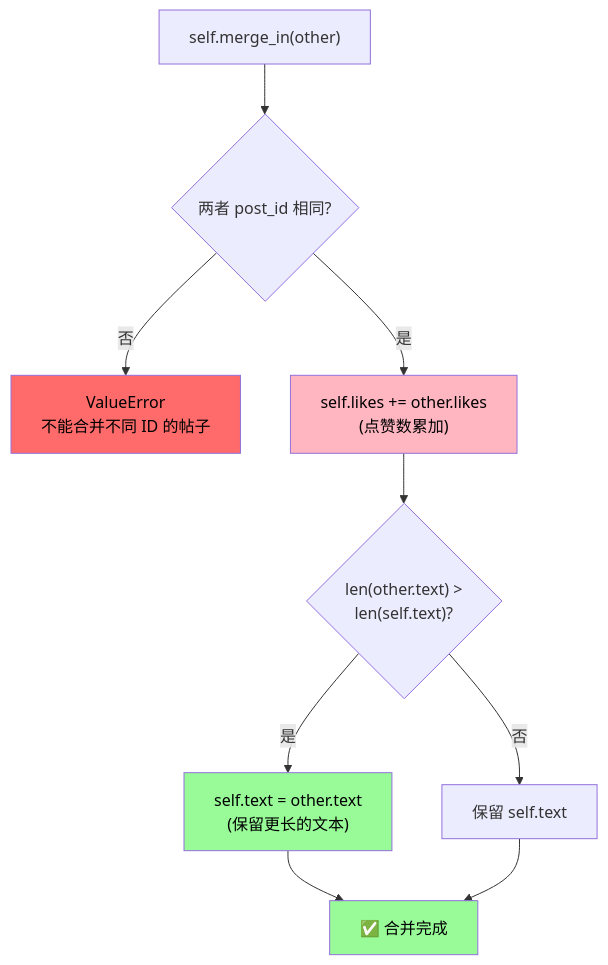
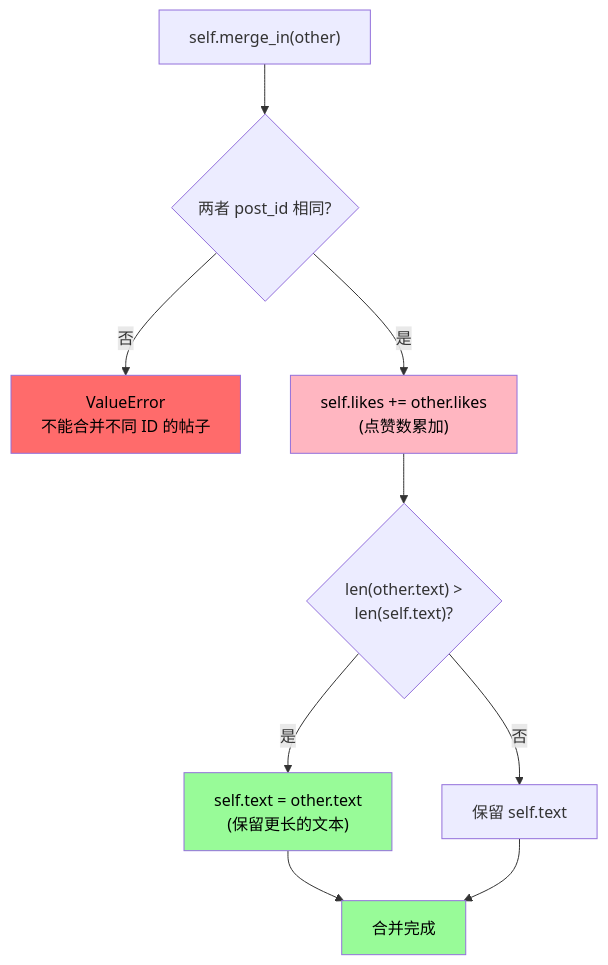
Before and after one commit to Takalahiro/obsidian-vault: the tenth of 16 diagrams in INFO1110/assessment/INFO 1110 ADVANCE ASSESSMENT.md, drawn with Mermaid. The commit also changed other lines of this file and 37 other files, not shown here.

````diff
--- a/INFO1110/assessment/INFO 1110 ADVANCE ASSESSMENT.md
+++ b/INFO1110/assessment/INFO 1110 ADVANCE ASSESSMENT.md
@@ -323,16 +323,16 @@
 ```mermaid
 flowchart TD
-    A[" self.merge_in(other)"] --> B{"两者 post_id 相同?"}
-    B -->|否| B1[" ValueError<br/>不能合并不同 ID 的帖子"]
-    B -->|是| C[" self.likes += other.likes<br/>(点赞数累加)"]
-    C --> D{"len(other.text) ><br/>len(self.text)?"}
-    D -->|是| E[" self.text = other.text<br/>(保留更长的文本)"]
-    D -->|否| F["保留 self.text"]
-    E --> G["✅ 合并完成"]
-    F --> G
+ A[" self.merge_in(other)"] --> B{"两者 post_id 相同?"}
+ B -->|否| B1[" ValueError<br/>不能合并不同 ID 的帖子"]
+ B -->|是| C[" self.likes += other.likes<br/>(点赞数累加)"]
+ C --> D{"len(other.text) ><br/>len(self.text)?"}
+ D -->|是| E[" self.text = other.text<br/>(保留更长的文本)"]
+ D -->|否| F["保留 self.text"]
+ E --> G[" 合并完成"]
+ F --> G
 
-    style B1 fill:#FF6B6B,color:#000
-    style C fill:#FFB6C1,color:#000
-    style E fill:#98FB98,color:#000
-    style G fill:#98FB98,color:#000
+ style B1 fill:#FF6B6B,color:#000
+ style C fill:#FFB6C1,color:#000
+ style E fill:#98FB98,color:#000
+ style G fill:#98FB98,color:#000
 ```
````
